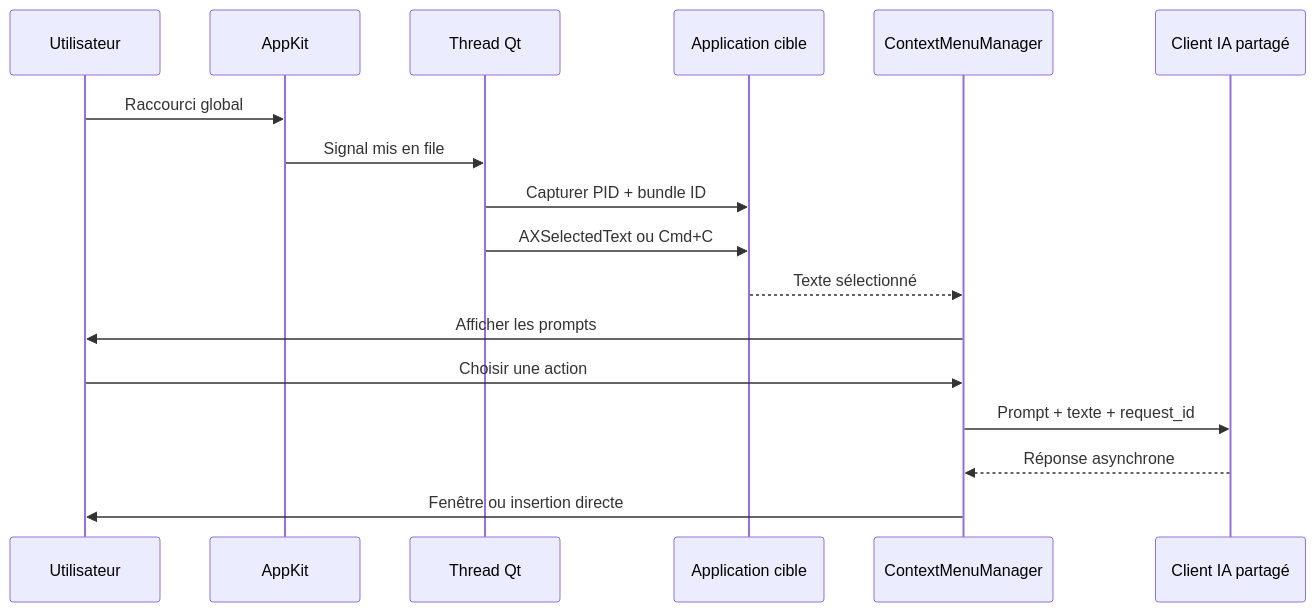
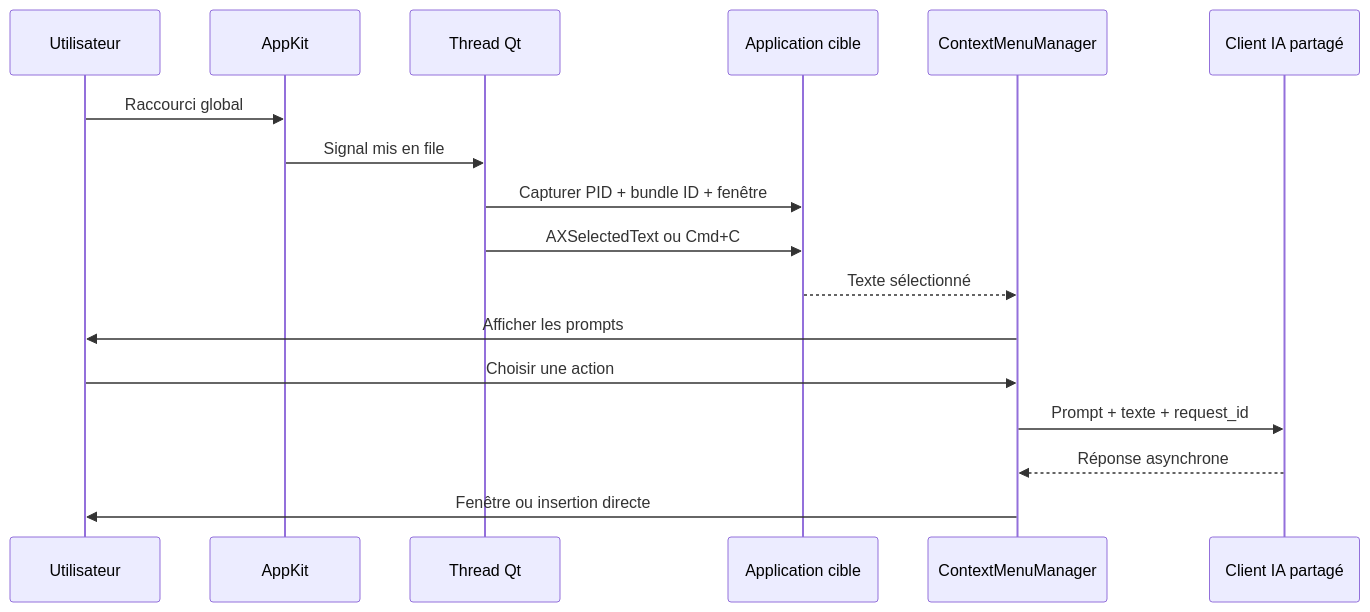
Before and after one commit to lfpoulain/SuperMenu: the second of 2 diagrams in macos/docs/ARCHITECTURE.md, drawn with Mermaid. The commit also changed other lines of this file and 148 other files, not shown here.

````diff
--- a/macos/docs/ARCHITECTURE.md
+++ b/macos/docs/ARCHITECTURE.md
@@ -315,20 +329,20 @@
 ```mermaid
 sequenceDiagram
     participant User as Utilisateur
     participant Hotkey as AppKit
     participant Qt as Thread Qt
     participant Target as Application cible
     participant Menu as ContextMenuManager
     participant AI as Client IA partagé
 
     User->>Hotkey: Raccourci global
     Hotkey->>Qt: Signal mis en file
-    Qt->>Target: Capturer PID + bundle ID
+    Qt->>Target: Capturer PID + bundle ID + fenêtre
     Qt->>Target: AXSelectedText ou Cmd+C
     Target-->>Menu: Texte sélectionné
     Menu->>User: Afficher les prompts
     User->>Menu: Choisir une action
     Menu->>AI: Prompt + texte + request_id
     AI-->>Menu: Réponse asynchrone
     Menu->>User: Fenêtre ou insertion directe
 ```
````
